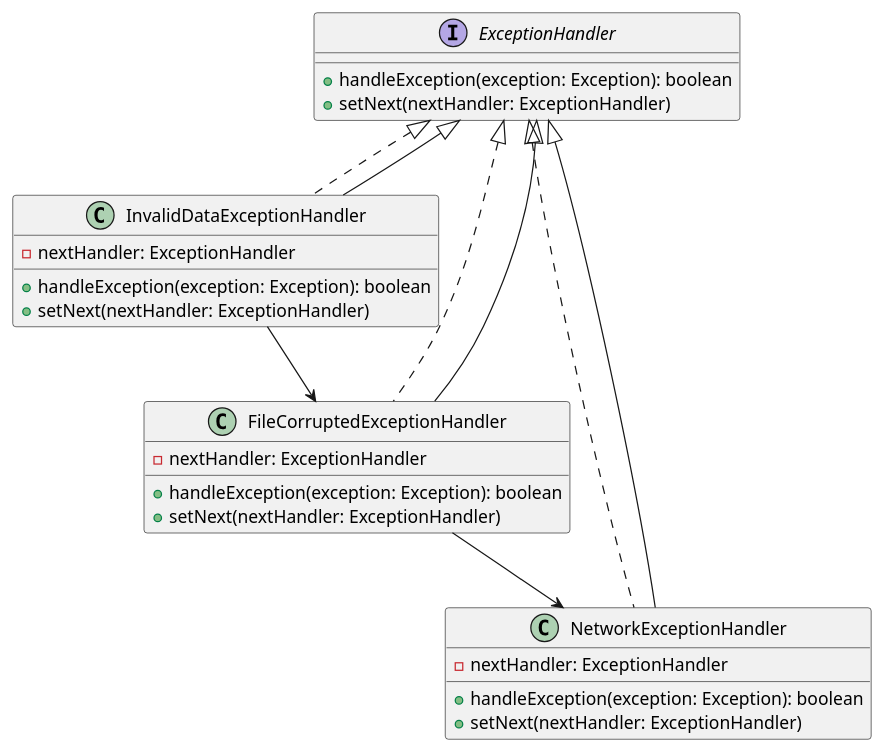
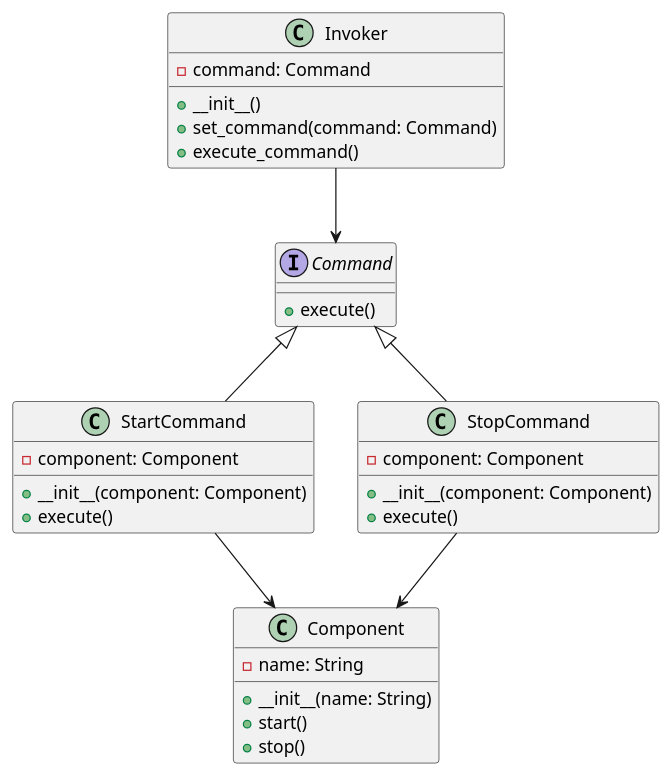
The diagram in klassifikaciya-patternov/povedencheskie-patterny-behavioral-patterns/komanda-command/primery/upravlenie-sostoyaniem-prilozheniya/python.md (andrewovchinnikov/design-patterns), drawn with PlantUML before and after one commit. The commit also changed other lines of this file and 5 other files, not shown here.

````diff
--- a/klassifikaciya-patternov/povedencheskie-patterny-behavioral-patterns/komanda-command/primery/upravlenie-sostoyaniem-prilozheniya/python.md
+++ b/klassifikaciya-patternov/povedencheskie-patterny-behavioral-patterns/komanda-command/primery/upravlenie-sostoyaniem-prilozheniya/python.md
@@ -14,32 +108,39 @@
 ```plantuml
 @startuml
-interface ExceptionHandler {
-    +handleException(exception: Exception): boolean
-    +setNext(nextHandler: ExceptionHandler)
+interface Command {
+    +execute()
 }
 
-class InvalidDataExceptionHandler implements ExceptionHandler {
-    -nextHandler: ExceptionHandler
-    +handleException(exception: Exception): boolean
-    +setNext(nextHandler: ExceptionHandler)
+class StartCommand {
+    -component: Component
+    +__init__(component: Component)
+    +execute()
 }
 
-class FileCorruptedExceptionHandler implements ExceptionHandler {
-    -nextHandler: ExceptionHandler
-    +handleException(exception: Exception): boolean
-    +setNext(nextHandler: ExceptionHandler)
+class StopCommand {
+    -component: Component
+    +__init__(component: Component)
+    +execute()
 }
 
-class NetworkExceptionHandler implements ExceptionHandler {
-    -nextHandler: ExceptionHandler
-    +handleException(exception: Exception): boolean
-    +setNext(nextHandler: ExceptionHandler)
+class Component {
+    -name: String
+    +__init__(name: String)
+    +start()
+    +stop()
 }
 
-ExceptionHandler <|-- InvalidDataExceptionHandler
-ExceptionHandler <|-- FileCorruptedExceptionHandler
-ExceptionHandler <|-- NetworkExceptionHandler
-InvalidDataExceptionHandler --> FileCorruptedExceptionHandler
-FileCorruptedExceptionHandler --> NetworkExceptionHandler
+class Invoker {
+    -command: Command
+    +__init__()
+    +set_command(command: Command)
+    +execute_command()
+}
+
+Command <|-- StartCommand
+Command <|-- StopCommand
+StartCommand --> Component
+StopCommand --> Component
+Invoker --> Command
 @enduml
 ```
````
